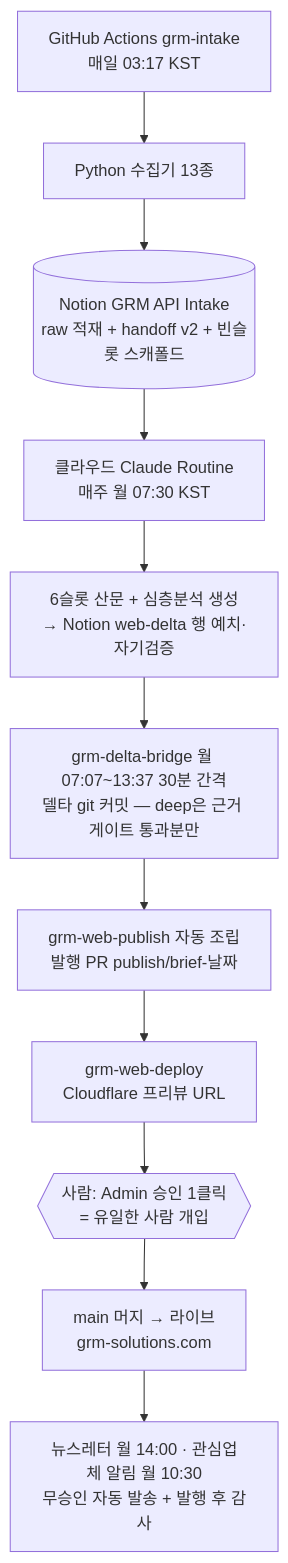
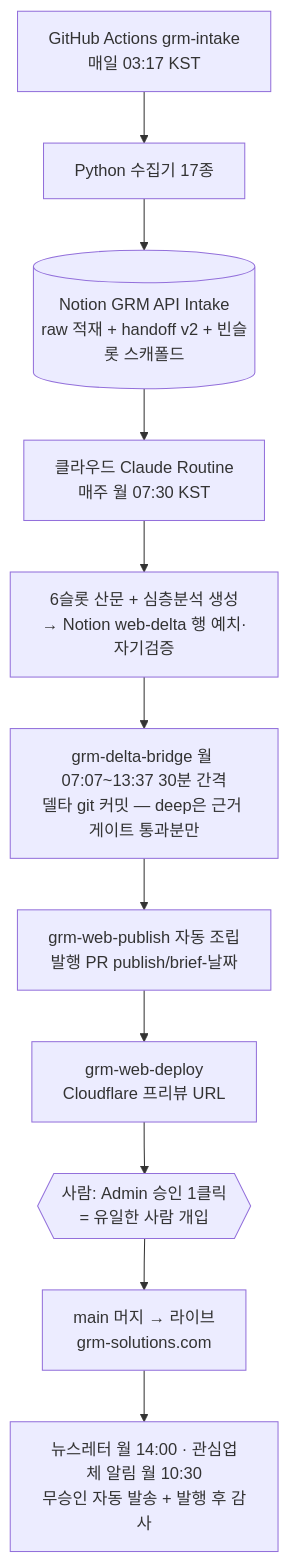
Before and after one commit to MINHOYEOM/grm-api-intake: the second of 3 diagrams in GRM_SYSTEM.md, drawn with Mermaid. The commit also changed other lines of this file and 8 other files, not shown here.

````diff
--- a/GRM_SYSTEM.md
+++ b/GRM_SYSTEM.md
@@ -133,13 +133,13 @@
 ```mermaid
 flowchart TD
-    A[GitHub Actions grm-intake<br/>매일 03:17 KST] --> B[Python 수집기 13종]
+    A[GitHub Actions grm-intake<br/>매일 03:17 KST] --> B[Python 수집기 17종]
     B --> C[(Notion GRM API Intake<br/>raw 적재 + handoff v2 + 빈슬롯 스캐폴드)]
     C --> D[클라우드 Claude Routine<br/>매주 월 07:30 KST]
     D --> E[6슬롯 산문 + 심층분석 생성<br/>→ Notion web-delta 행 예치·자기검증]
     E --> F[grm-delta-bridge 월 07:07~13:37 30분 간격<br/>델타 git 커밋 — deep은 근거 게이트 통과분만]
     F --> G[grm-web-publish 자동 조립<br/>발행 PR publish/brief-날짜]
     G --> H[grm-web-deploy<br/>Cloudflare 프리뷰 URL]
     H --> I{{사람: Admin 승인 1클릭<br/>= 유일한 사람 개입}}
     I --> J[main 머지 → 라이브<br/>grm-solutions.com]
     J --> K[뉴스레터 월 14:00 · 관심업체 알림 월 10:30<br/>무승인 자동 발송 + 발행 후 감사]
 ```
````
